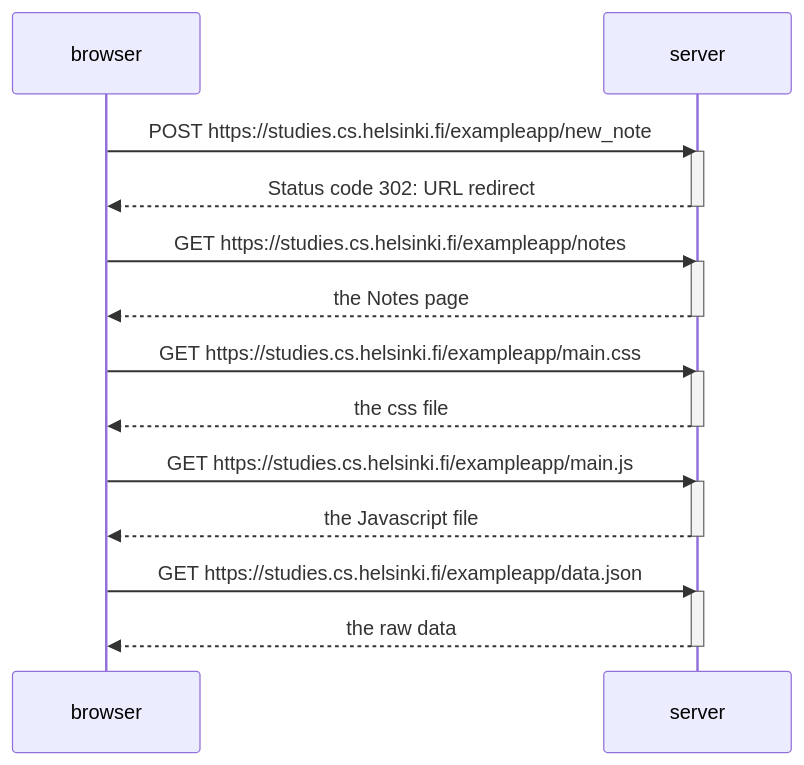
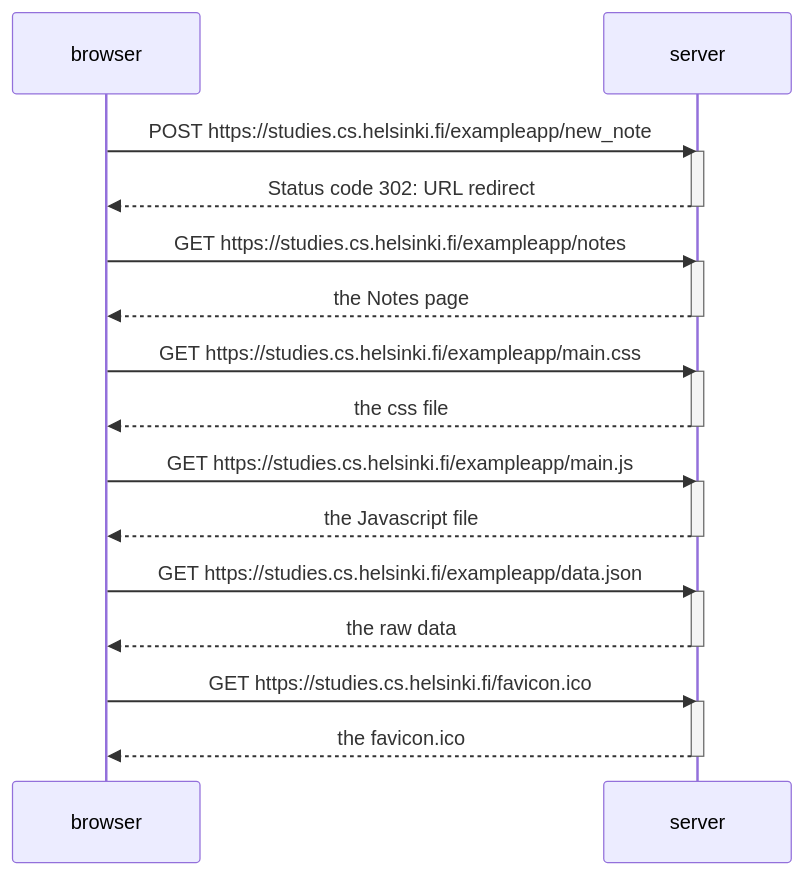
The diagram in p0/04.md (beefy1875/fullstack), drawn with Mermaid before and after one commit.

Commit message:
Add the GET of the favicon.ico file

````diff
--- a/p0/04.md
+++ b/p0/04.md
@@ -1,31 +1,36 @@
 ```mermaid
 sequenceDiagram
     participant browser
     participant server
 
     browser->>server: POST https://studies.cs.helsinki.fi/exampleapp/new_note
     activate server
     server-->>browser: Status code 302: URL redirect
     deactivate server
 
     browser->>server: GET https://studies.cs.helsinki.fi/exampleapp/notes
     activate server
     server-->>browser: the Notes page
     deactivate server
 
     browser->>server: GET https://studies.cs.helsinki.fi/exampleapp/main.css
     activate server
     server-->>browser: the css file
     deactivate server
 
     browser->>server: GET https://studies.cs.helsinki.fi/exampleapp/main.js
     activate server
     server-->>browser: the Javascript file
     deactivate server
 
     browser->>server: GET https://studies.cs.helsinki.fi/exampleapp/data.json
     activate server
     server-->>browser: the raw data
     deactivate server
 
+    browser->>server: GET https://studies.cs.helsinki.fi/favicon.ico
+    activate server
+    server-->>browser: the favicon.ico
+    deactivate server
+
 ```
````
